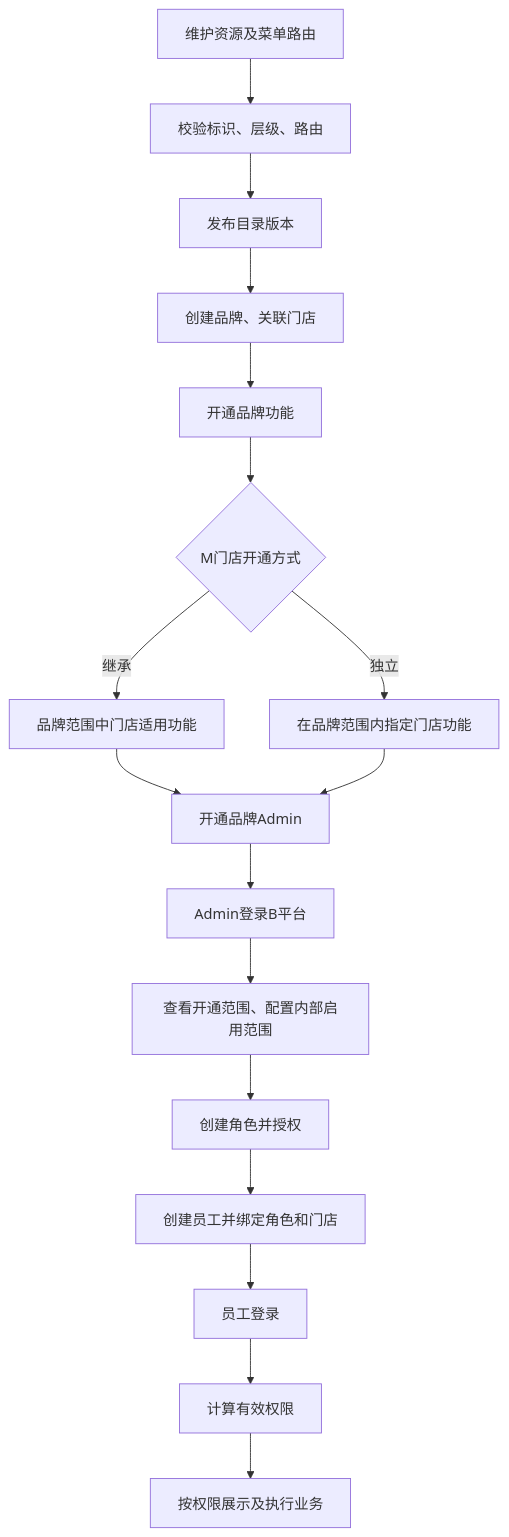
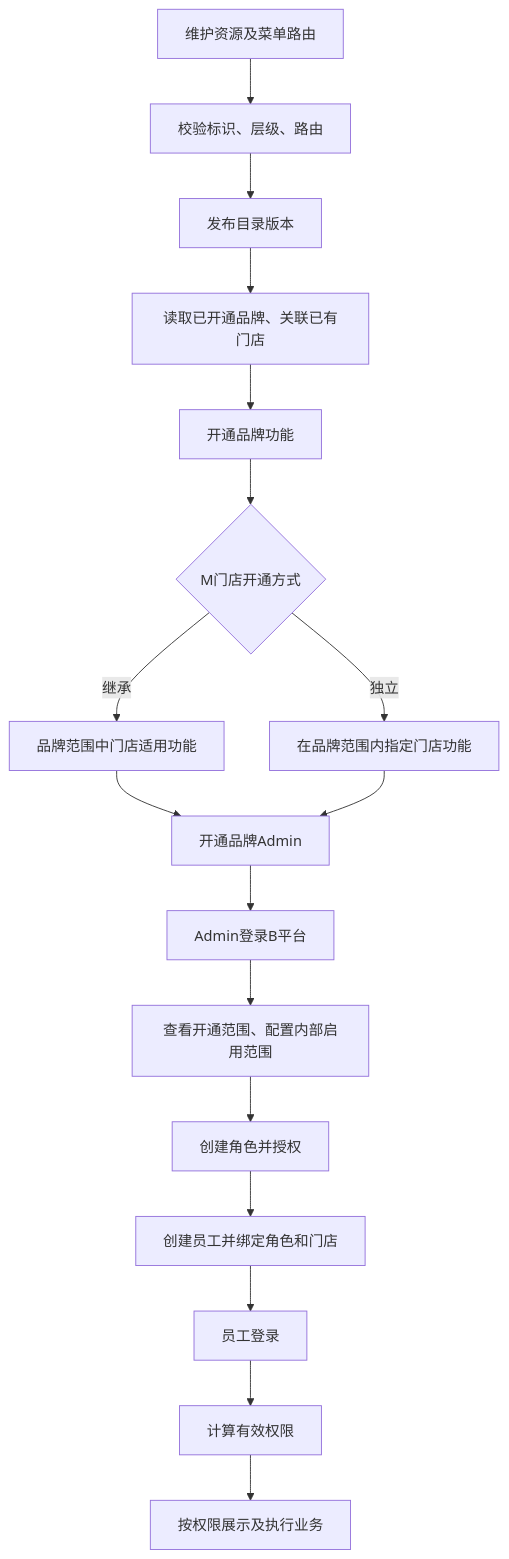
Before and after one commit to cflyindance/new-bp: the third of 7 diagrams in admin-web/docs/项目文档/M平台-入驻商户管理中心业务规格说明书（研发交付版）.md, drawn with Mermaid. The commit also changed other lines of this file and 333 other files, not shown here.

````diff
--- a/admin-web/docs/项目文档/M平台-入驻商户管理中心业务规格说明书（研发交付版）.md
+++ b/admin-web/docs/项目文档/M平台-入驻商户管理中心业务规格说明书（研发交付版）.md
@@ -220,12 +2444,12 @@
 ```mermaid
 flowchart TD
  A["维护资源及菜单路由"] --> B["校验标识、层级、路由"] --> C["发布目录版本"]
- C --> D["创建品牌、关联门店"] --> E["开通品牌功能"] --> F{"M门店开通方式"}
+ C --> D["读取已开通品牌、关联已有门店"] --> E["开通品牌功能"] --> F{"M门店开通方式"}
  F -->|继承| G["品牌范围中门店适用功能"]
  F -->|独立| H["在品牌范围内指定门店功能"]
  G --> I["开通品牌Admin"]
  H --> I
  I --> J["Admin登录B平台"] --> K["查看开通范围、配置内部启用范围"]
  K --> L["创建角色并授权"] --> M["创建员工并绑定角色和门店"]
  M --> N["员工登录"] --> O["计算有效权限"] --> P["按权限展示及执行业务"]
 ```
````
